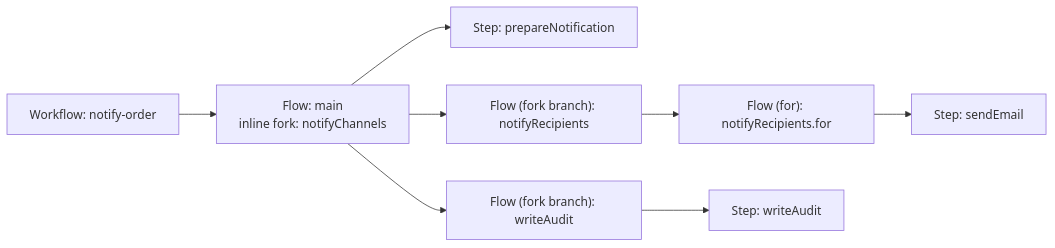
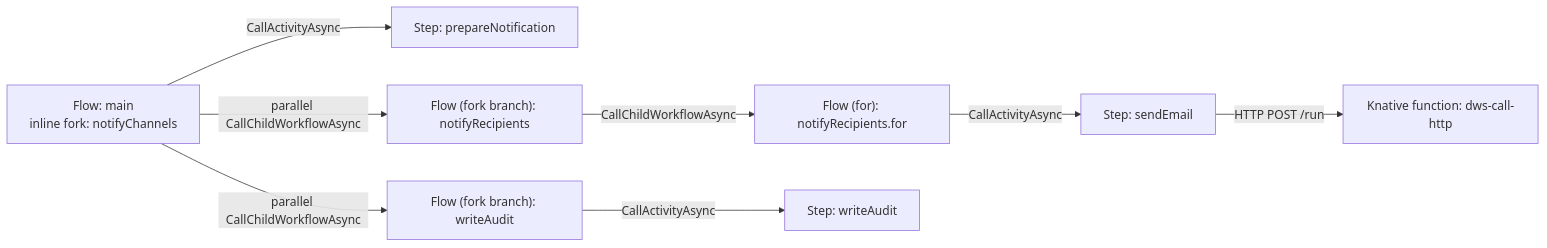
One commit to tonylibs/dapr-workflow-spec changed the second of 6 diagrams in docs/roadmaps/workflow-visual-model.md. Above: the diagram before and after it, drawn with Mermaid. The commit also changed other lines of this file and 1 other file, not shown here.

Commit message:
docs: expand target workflow architecture examples

````diff
--- a/docs/roadmaps/workflow-visual-model.md
+++ b/docs/roadmaps/workflow-visual-model.md
@@ -186,10 +199,10 @@
 ```mermaid
 flowchart LR
-  W["Workflow: notify-order"] --> Main["Flow: main<br/>inline fork: notifyChannels"]
-  Main --> Prepare["Step: prepareNotification"]
-  Main --> BranchNotify["Flow (fork branch): notifyRecipients"]
-  Main --> BranchAudit["Flow (fork branch): writeAudit"]
-  BranchNotify --> For["Flow (for): notifyRecipients.for"]
-  For --> Email["Step: sendEmail"]
-  BranchAudit --> Audit["Step: writeAudit"]
+  Main["Flow: main<br/>inline fork: notifyChannels"] -->|CallActivityAsync| Prepare["Step: prepareNotification"]
+  Main -->|parallel CallChildWorkflowAsync| BranchNotify["Flow (fork branch): notifyRecipients"]
+  Main -->|parallel CallChildWorkflowAsync| BranchAudit["Flow (fork branch): writeAudit"]
+  BranchNotify -->|CallChildWorkflowAsync| For["Flow (for): notifyRecipients.for"]
+  For -->|CallActivityAsync| Email["Step: sendEmail"]
+  Email -->|HTTP POST /run| Http["Knative function: dws-call-http"]
+  BranchAudit -->|CallActivityAsync| Audit["Step: writeAudit"]
 ```
````
